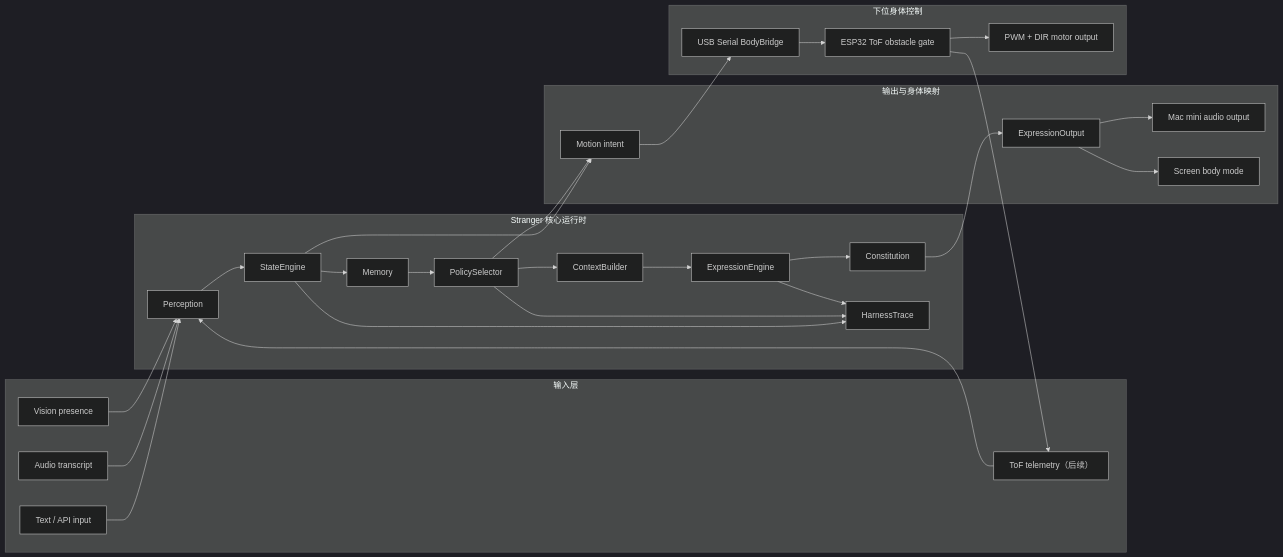
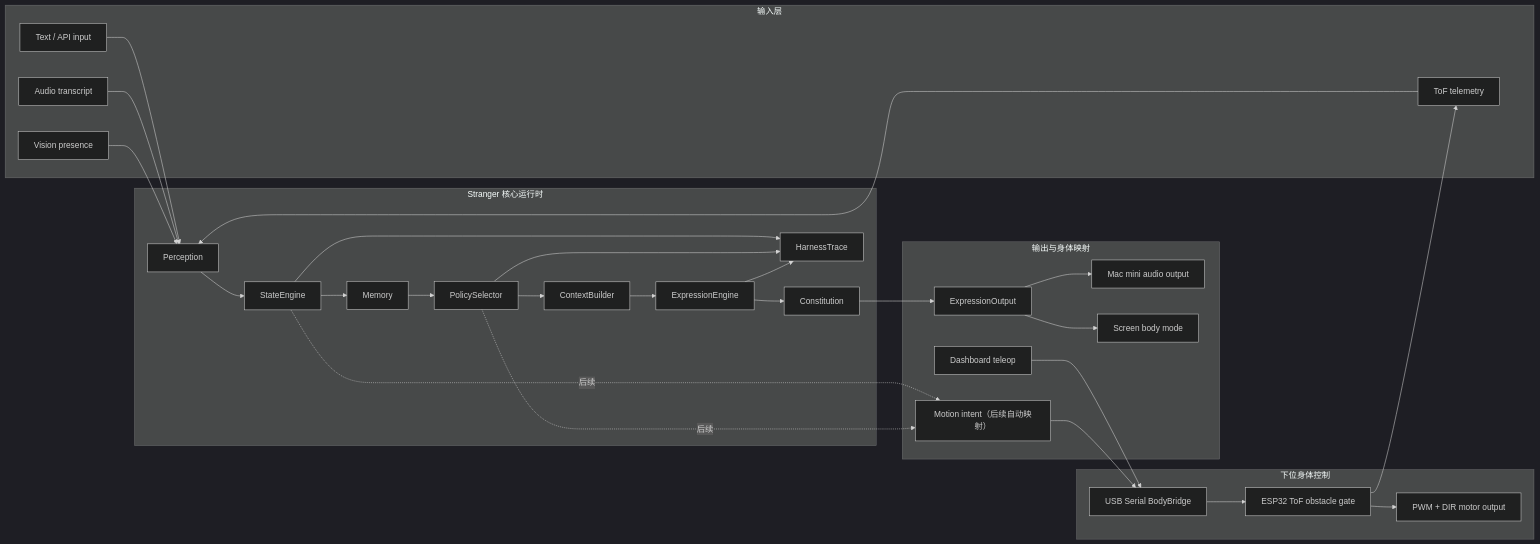
The second of 7 diagrams in docs/references/system_logic.md (Redmad-jack/Unnamed_system), drawn with Mermaid (dark theme) before and after one commit. The commit also changed other lines of this file and 29 other files, not shown here.

````diff
--- a/docs/references/system_logic.md
+++ b/docs/references/system_logic.md
@@ -313,48 +348,50 @@
 ```mermaid
 graph LR
     subgraph INPUT ["输入层"]
         TEXT["Text / API input"]
         AUDIO_IN["Audio transcript"]
         VISION["Vision presence"]
-        TOF_TEL["ToF telemetry（后续）"]
+        TOF_TEL["ToF telemetry"]
     end
 
     subgraph CORE ["Stranger 核心运行时"]
         PER["Perception"]
         ST["StateEngine"]
         MEM["Memory"]
         POL["PolicySelector"]
         CTX["ContextBuilder"]
         EXP["ExpressionEngine"]
         CON["Constitution"]
         HAR["HarnessTrace"]
     end
 
     subgraph OUTPUT ["输出与身体映射"]
         EXPO["ExpressionOutput"]
         AUD["Mac mini audio output"]
         SCRMODE["Screen body mode"]
-        MOTION["Motion intent"]
+        MOTION["Motion intent（后续自动映射）"]
+        DEVTELEOP["Dashboard teleop"]
     end
 
     subgraph BODY ["下位身体控制"]
         BRIDGE["USB Serial BodyBridge"]
         GATE["ESP32 ToF obstacle gate"]
         MOTOR["PWM + DIR motor output"]
     end
 
     TEXT --> PER
     AUDIO_IN --> PER
     VISION --> PER
     TOF_TEL --> PER
     PER --> ST --> MEM --> POL --> CTX --> EXP --> CON --> EXPO
     ST --> HAR
     POL --> HAR
     EXP --> HAR
     EXPO --> AUD
     EXPO --> SCRMODE
-    ST --> MOTION
-    POL --> MOTION
+    ST -. "后续" .-> MOTION
+    POL -. "后续" .-> MOTION
+    DEVTELEOP --> BRIDGE
     MOTION --> BRIDGE --> GATE --> MOTOR
     GATE --> TOF_TEL
 ```
````
